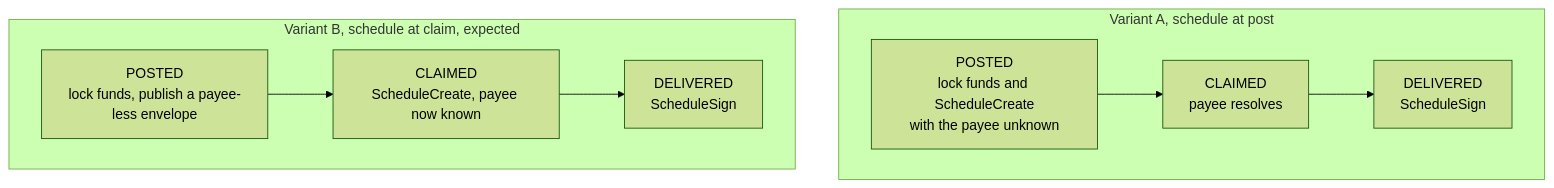
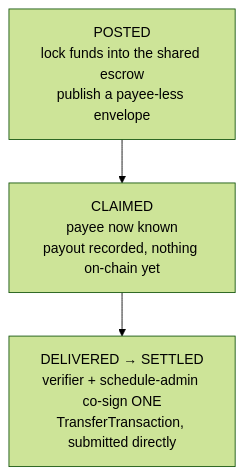
The sixth of 6 diagrams in docs/architecture.md (Baurjan1234/project-handoff), drawn with Mermaid (forest theme) before and after one commit. The commit also changed other lines of this file, not shown here.

````diff
--- a/docs/architecture.md
+++ b/docs/architecture.md
@@ -216,9 +222,7 @@
 ```mermaid
 flowchart TB
-  subgraph VA["Variant A, schedule at post"]
-    A1["POSTED<br/>lock funds and ScheduleCreate<br/>with the payee unknown"] --> A2["CLAIMED<br/>payee resolves"] --> A3["DELIVERED<br/>ScheduleSign"]
-  end
-  subgraph VB["Variant B, schedule at claim, expected"]
-    B1["POSTED<br/>lock funds, publish a payee-less envelope"] --> B2["CLAIMED<br/>ScheduleCreate, payee now known"] --> B3["DELIVERED<br/>ScheduleSign"]
-  end
+  P["POSTED<br/>lock funds into the shared escrow<br/>publish a payee-less envelope"]
+  C["CLAIMED<br/>payee now known<br/>payout recorded, nothing on-chain yet"]
+  D["DELIVERED → SETTLED<br/>verifier + schedule-admin co-sign ONE<br/>TransferTransaction, submitted directly"]
+  P --> C --> D
 ```
````
